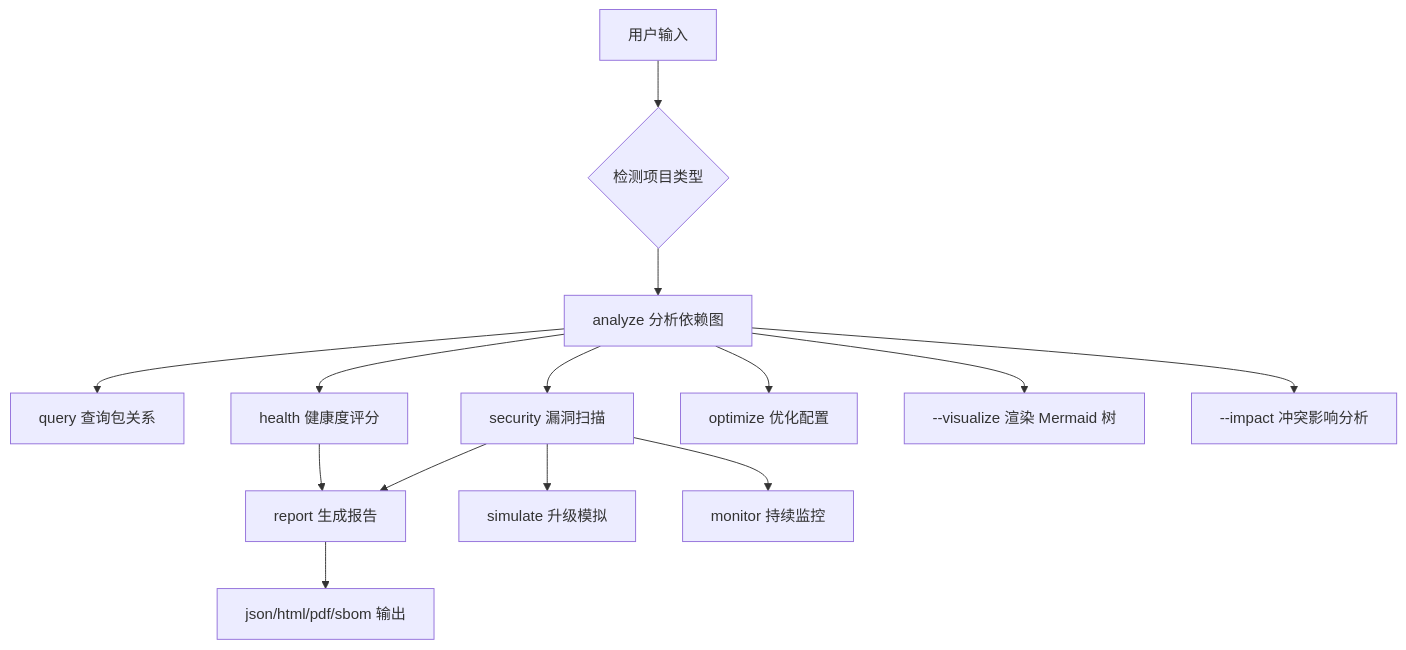
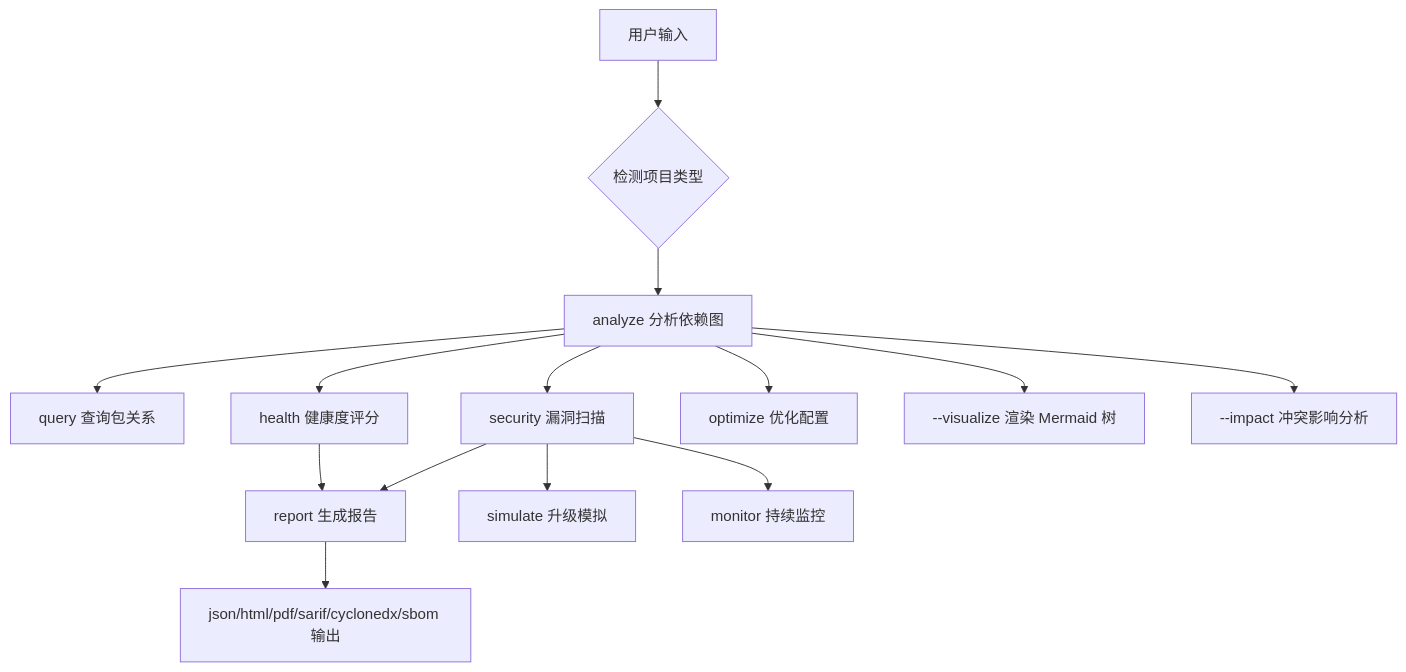
Before and after one commit to Kirky-X/dayv: the diagram in references/subcommands.md, drawn with Mermaid. The commit also changed other lines of this file and 8 other files, not shown here.

````diff
--- a/references/subcommands.md
+++ b/references/subcommands.md
@@ -108,16 +112,16 @@
 ```mermaid
 flowchart TD
     USER["用户输入"] --> DETECT{"检测项目类型"}
     DETECT --> ANALYZE["analyze 分析依赖图"]
     ANALYZE --> QUERY["query 查询包关系"]
     ANALYZE --> SECURITY["security 漏洞扫描"]
     ANALYZE --> HEALTH["health 健康度评分"]
     ANALYZE --> OPTIMIZE["optimize 优化配置"]
     SECURITY --> REPORT["report 生成报告"]
     HEALTH --> REPORT
     ANALYZE --> VIS["--visualize 渲染 Mermaid 树"]
     ANALYZE --> IMPACT["--impact 冲突影响分析"]
     SECURITY --> SIM["simulate 升级模拟"]
     SECURITY --> MON["monitor 持续监控"]
-    REPORT --> OUT["json/html/pdf/sbom 输出"]
+    REPORT --> OUT["json/html/pdf/sarif/cyclonedx/sbom 输出"]
 ```
````
